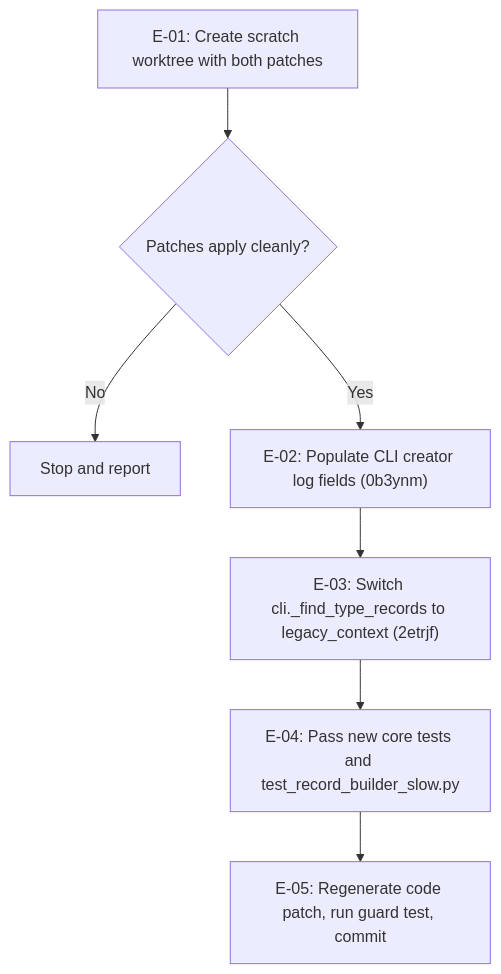
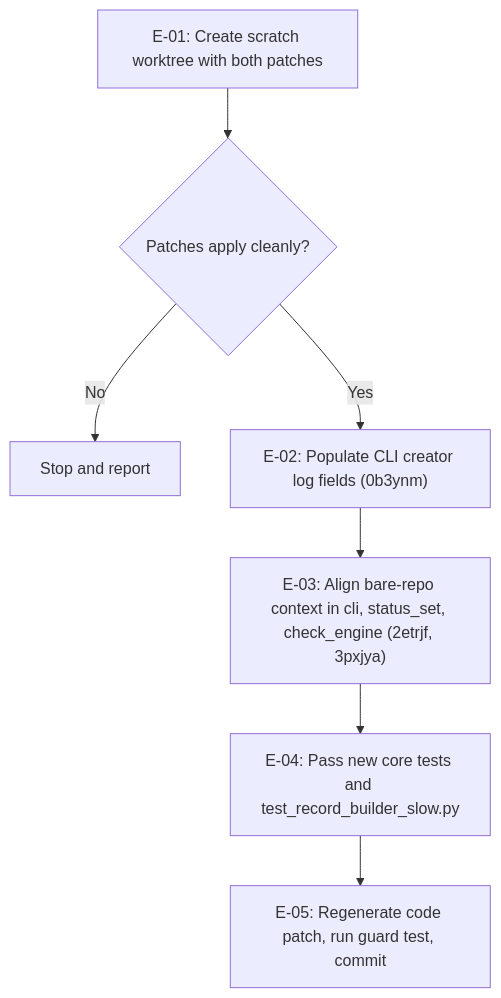
Before and after one commit to fariello/agent-workflows: the diagram in .aw/records/plans/pending/20261127-metastore-322-6cltab-populate-cli-creator-log-fields-and-align-aw-find-bare-repo.ipd.md, drawn with Mermaid. The commit also changed other lines of this file and 1 other file, not shown here.

First line of the commit message:
metastore: expand 6cltab with 3pxjya and sync 63ib9r child table and coverage

````diff
--- a/.aw/records/plans/pending/20261127-metastore-322-6cltab-populate-cli-creator-log-fields-and-align-aw-find-bare-repo.ipd.md
+++ b/.aw/records/plans/pending/20261127-metastore-322-6cltab-populate-cli-creator-log-fields-and-align-aw-find-bare-repo.ipd.md
@@ -103,9 +107,9 @@
 ```mermaid
 flowchart TD
     E01["E-01: Create scratch worktree with both patches"] --> P{Patches apply cleanly?}
     P -->|No| STOP["Stop and report"]
     P -->|Yes| E02["E-02: Populate CLI creator log fields (0b3ynm)"]
-    E02 --> E03["E-03: Switch cli._find_type_records to legacy_context (2etrjf)"]
+    E02 --> E03["E-03: Align bare-repo context in cli, status_set, check_engine (2etrjf, 3pxjya)"]
     E03 --> E04["E-04: Pass new core tests and test_record_builder_slow.py"]
     E04 --> E05["E-05: Regenerate code patch, run guard test, commit"]
 ```
````
